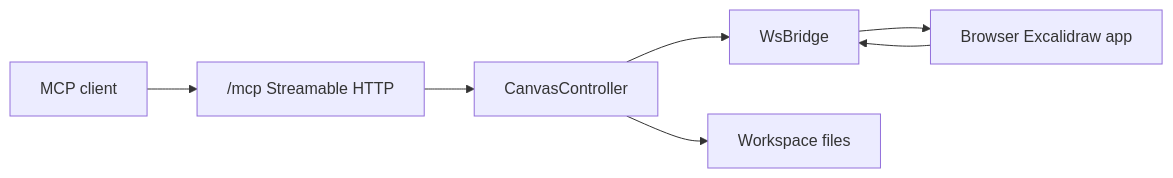
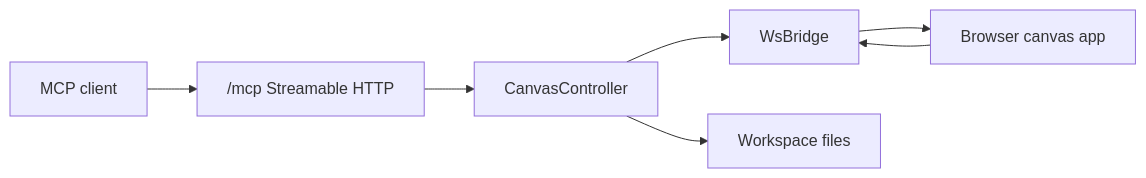
Before and after one commit to ThomasRohde/agentic-canvas: the diagram in docs/architecture.md, drawn with Mermaid. The commit also changed other lines of this file and 73 other files, not shown here.

````diff
--- a/docs/architecture.md
+++ b/docs/architecture.md
@@ -5,9 +5,9 @@
 ```mermaid
 flowchart LR
   Agent["MCP client"] --> MCP["/mcp Streamable HTTP"]
   MCP --> Controller["CanvasController"]
   Controller --> Bridge["WsBridge"]
-  Bridge --> Browser["Browser Excalidraw app"]
+  Bridge --> Browser["Browser canvas app"]
   Browser --> Bridge
   Controller --> Workspace["Workspace files"]
 ```
````
